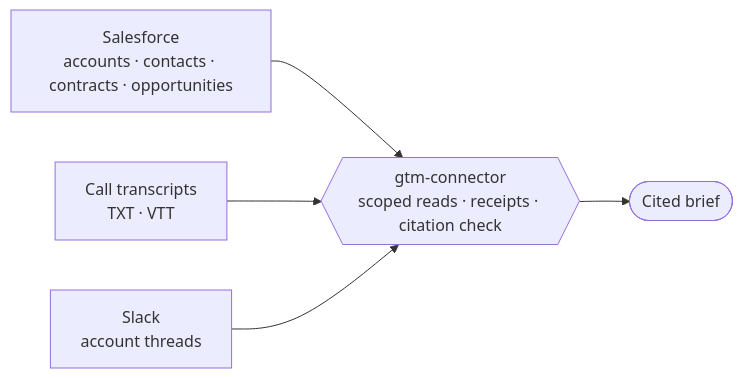
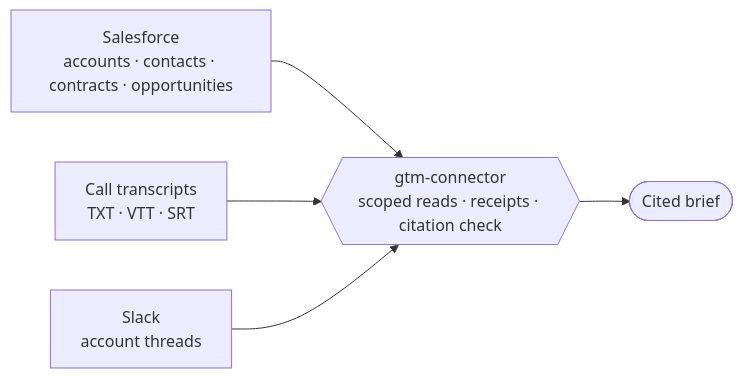
Before and after one commit to pwngh/gtm-connector: the diagram in README.md, drawn with Mermaid. The commit also changed other lines of this file and 10 other files, not shown here.

````diff
--- a/README.md
+++ b/README.md
@@ -21,7 +21,7 @@
 ```mermaid
 flowchart LR
     CRM["Salesforce<br/>accounts · contacts · contracts · opportunities"] --> G
-    CALLS["Call transcripts<br/>TXT · VTT"] --> G
+    CALLS["Call transcripts<br/>TXT · VTT · SRT"] --> G
     SLACK["Slack<br/>account threads"] --> G
     G{{"gtm-connector<br/>scoped reads · receipts · citation check"}} --> B(["Cited brief"])
 ```
````
